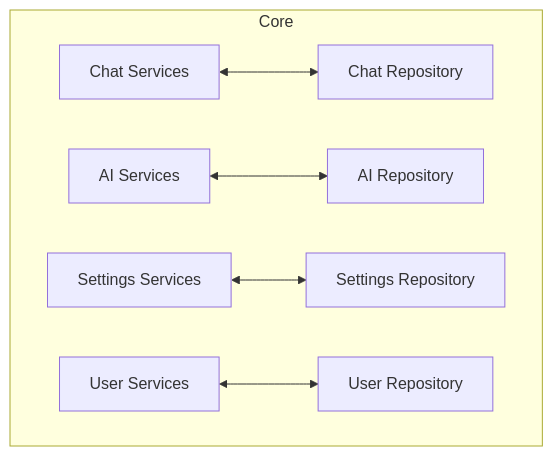
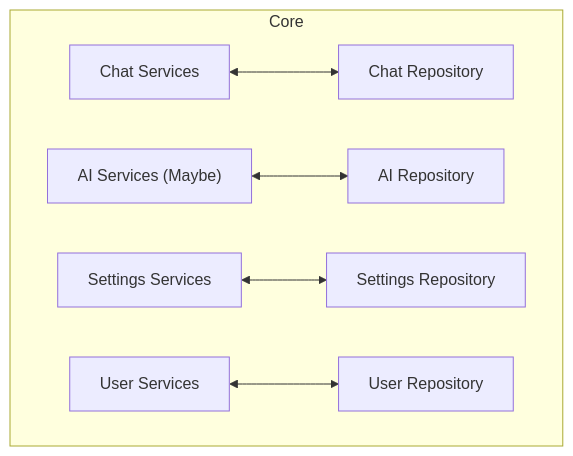
Before and after one commit to Super-Sonic-Team-Mem-Martins-Amadora/DroidMentor: the third of 4 diagrams in README.md, drawn with Mermaid. The commit also changed other lines of this file and 1 other file, not shown here.

````diff
--- a/README.md
+++ b/README.md
@@ -96,26 +93,26 @@
 ```mermaid
 flowchart LR
 
 subgraph Core["Core"]
     direction LR
 
     A[Chat Services]
     B[Chat Repository]
 
-    C[AI Services]
+    C["AI Services (Maybe)"]
     D[AI Repository]
 
     E[Settings Services]
     F[Settings Repository]
 
     G[User Services]
     H[User Repository]
 
     A <--> B
     C <--> D
     E <--> F
     G <--> H
         
 end
 
 ```
````
